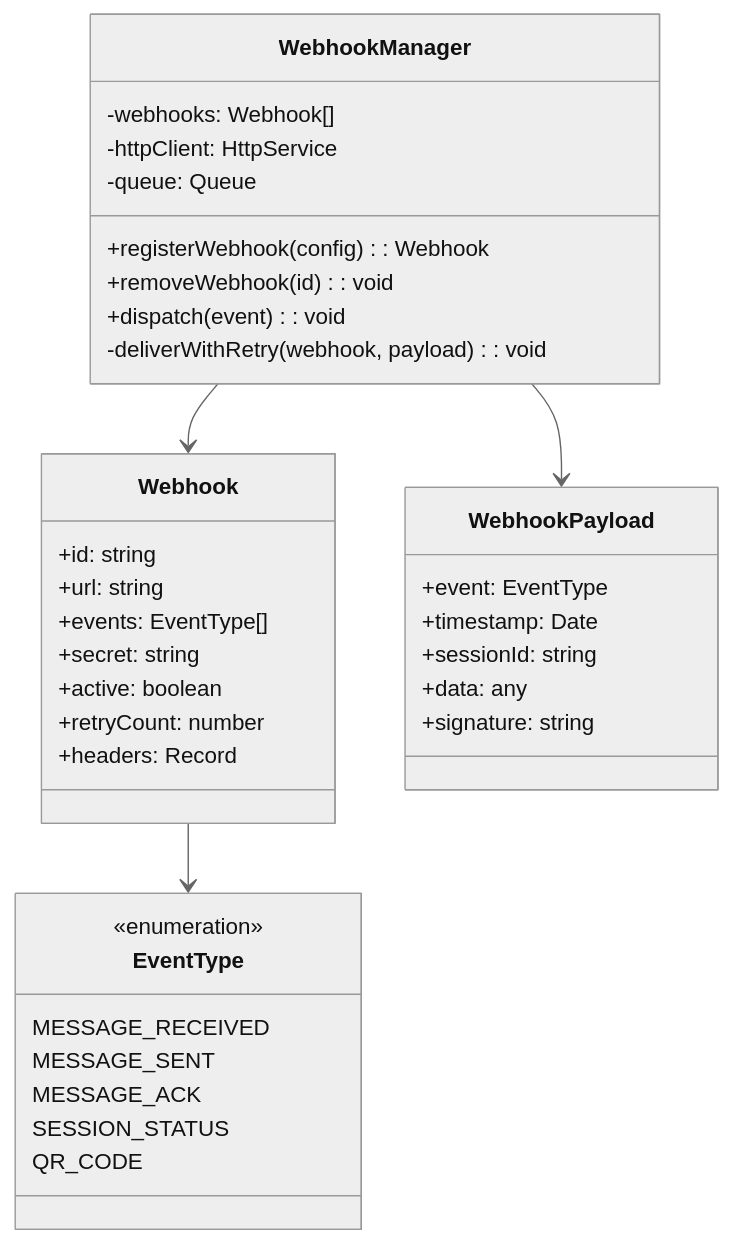
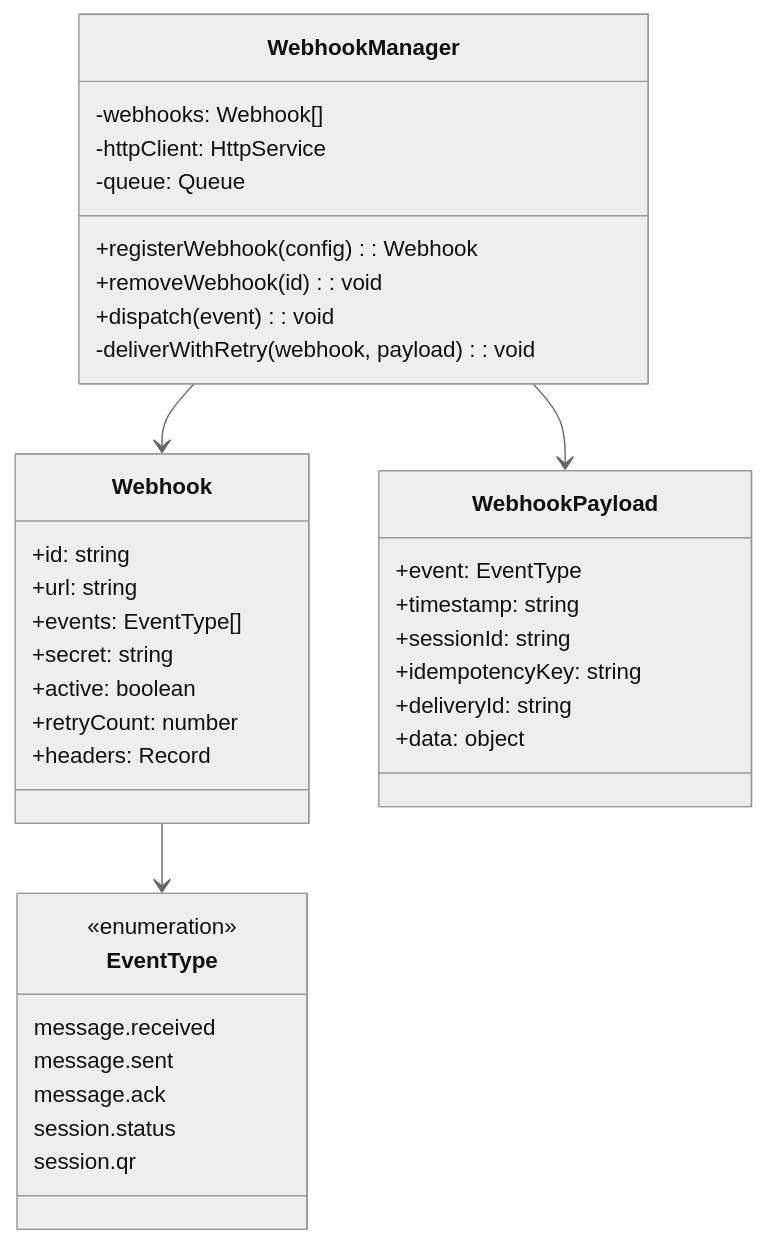
One commit to AntoineTROOVY/Sherlo changed diagram 11 of 24 in docs/03-system-architecture.md. Above: the diagram before and after it, drawn with Mermaid (neutral theme). The commit also changed other lines of this file, not shown here.

Commit message:
docs(architecture): match the webhook payload diagram to the wire
The diagram put a signature field and a Date timestamp in the payload
body and named events like QR_CODE. The body is {event, timestamp,
sessionId, idempotencyKey, deliveryId, data} with an ISO timestamp,
the HMAC travels only in the X-OpenWA-Signature header, and event
names are dotted strings such as session.qr. A receiver built from
the diagram would look for a body signature that never arrives.

````diff
--- a/docs/03-system-architecture.md
+++ b/docs/03-system-architecture.md
@@ -524,43 +524,44 @@
 ```mermaid
 classDiagram
     class WebhookManager {
         -webhooks: Webhook[]
         -httpClient: HttpService
         -queue: Queue
         +registerWebhook(config): Webhook
         +removeWebhook(id): void
         +dispatch(event): void
         -deliverWithRetry(webhook, payload): void
     }
 
     class Webhook {
         +id: string
         +url: string
         +events: EventType[]
         +secret: string
         +active: boolean
         +retryCount: number
         +headers: Record
     }
 
     class WebhookPayload {
         +event: EventType
-        +timestamp: Date
+        +timestamp: string
         +sessionId: string
-        +data: any
-        +signature: string
+        +idempotencyKey: string
+        +deliveryId: string
+        +data: object
     }
 
     class EventType {
         <<enumeration>>
-        MESSAGE_RECEIVED
-        MESSAGE_SENT
-        MESSAGE_ACK
-        SESSION_STATUS
-        QR_CODE
+        message.received
+        message.sent
+        message.ack
+        session.status
+        session.qr
     }
 
     WebhookManager --> Webhook
     WebhookManager --> WebhookPayload
     Webhook --> EventType
 ```
````
